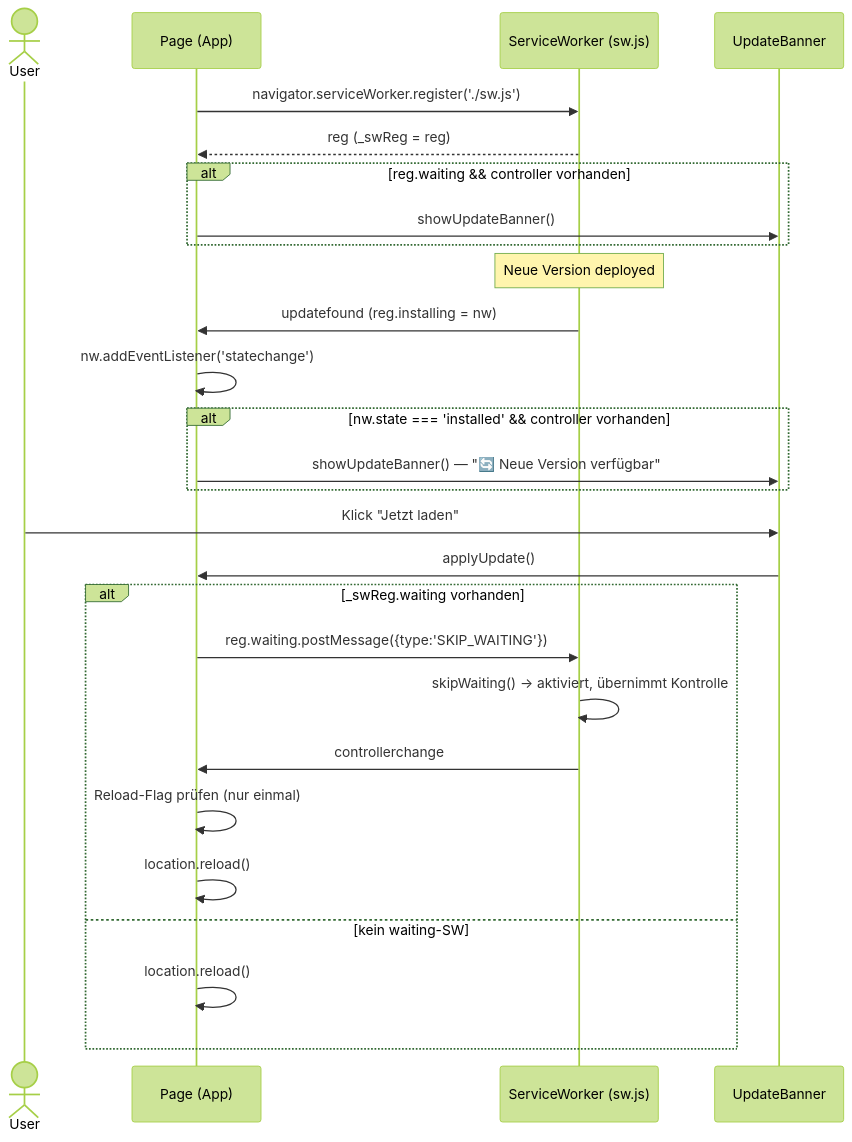
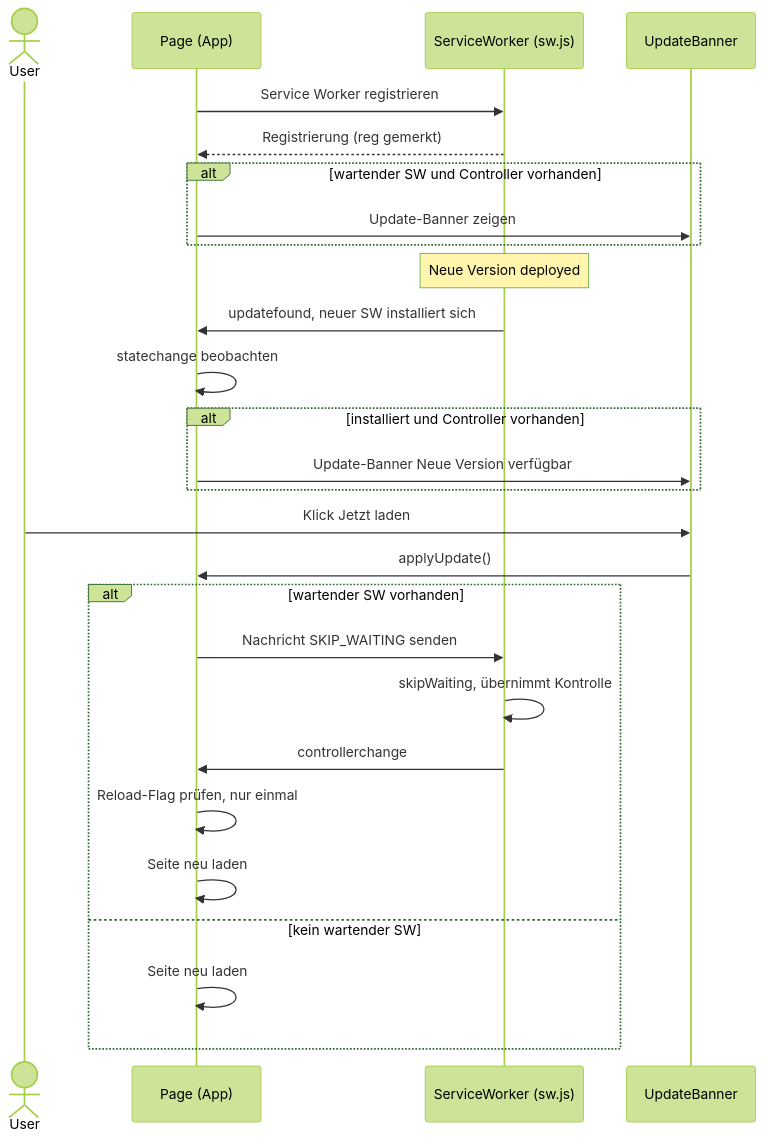
The sixth of 7 diagrams in docs/DESIGN.md (Ricci73/motorrad-serviceheft), drawn with Mermaid (forest theme) before and after one commit. The commit also changed other lines of this file, not shown here.

Commit message:
fix: Mermaid-Sequenzdiagramme vollstaendig bereinigt (keine Sonderzeichen/Operatoren/HTML/Emojis in Messages+Notes)

````diff
--- a/docs/DESIGN.md
+++ b/docs/DESIGN.md
@@ -487,33 +487,33 @@
 ```mermaid
 sequenceDiagram
     actor User
     participant Page as Page (App)
     participant SW as ServiceWorker (sw.js)
     participant Banner as UpdateBanner
 
-    Page->>SW: navigator.serviceWorker.register('./sw.js')
-    SW-->>Page: reg (_swReg = reg)
+    Page->>SW: Service Worker registrieren
+    SW-->>Page: Registrierung (reg gemerkt)
 
-    alt reg.waiting && controller vorhanden
-        Page->>Banner: showUpdateBanner()
+    alt wartender SW und Controller vorhanden
+        Page->>Banner: Update-Banner zeigen
     end
 
     Note over SW: Neue Version deployed
-    SW->>Page: updatefound (reg.installing = nw)
-    Page->>Page: nw.addEventListener('statechange')
-    alt nw.state === 'installed' && controller vorhanden
-        Page->>Banner: showUpdateBanner() — "🔄 Neue Version verfügbar"
+    SW->>Page: updatefound, neuer SW installiert sich
+    Page->>Page: statechange beobachten
+    alt installiert und Controller vorhanden
+        Page->>Banner: Update-Banner Neue Version verfügbar
     end
 
-    User->>Banner: Klick "Jetzt laden"
+    User->>Banner: Klick Jetzt laden
     Banner->>Page: applyUpdate()
-    alt _swReg.waiting vorhanden
-        Page->>SW: reg.waiting.postMessage({type:'SKIP_WAITING'})
-        SW->>SW: skipWaiting() → aktiviert, übernimmt Kontrolle
+    alt wartender SW vorhanden
+        Page->>SW: Nachricht SKIP_WAITING senden
+        SW->>SW: skipWaiting, übernimmt Kontrolle
         SW->>Page: controllerchange
-        Page->>Page: Reload-Flag prüfen (nur einmal)
-        Page->>Page: location.reload()
-    else kein waiting-SW
-        Page->>Page: location.reload()
+        Page->>Page: Reload-Flag prüfen, nur einmal
+        Page->>Page: Seite neu laden
+    else kein wartender SW
+        Page->>Page: Seite neu laden
     end
 ```
````
